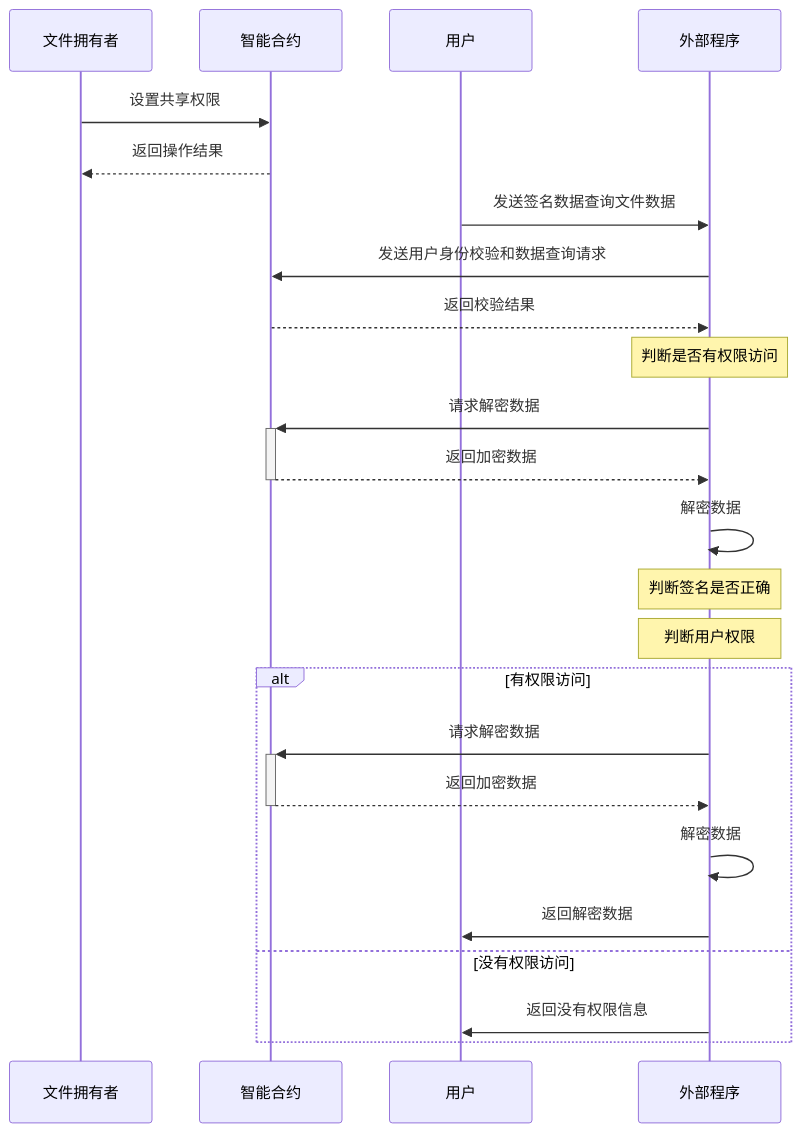
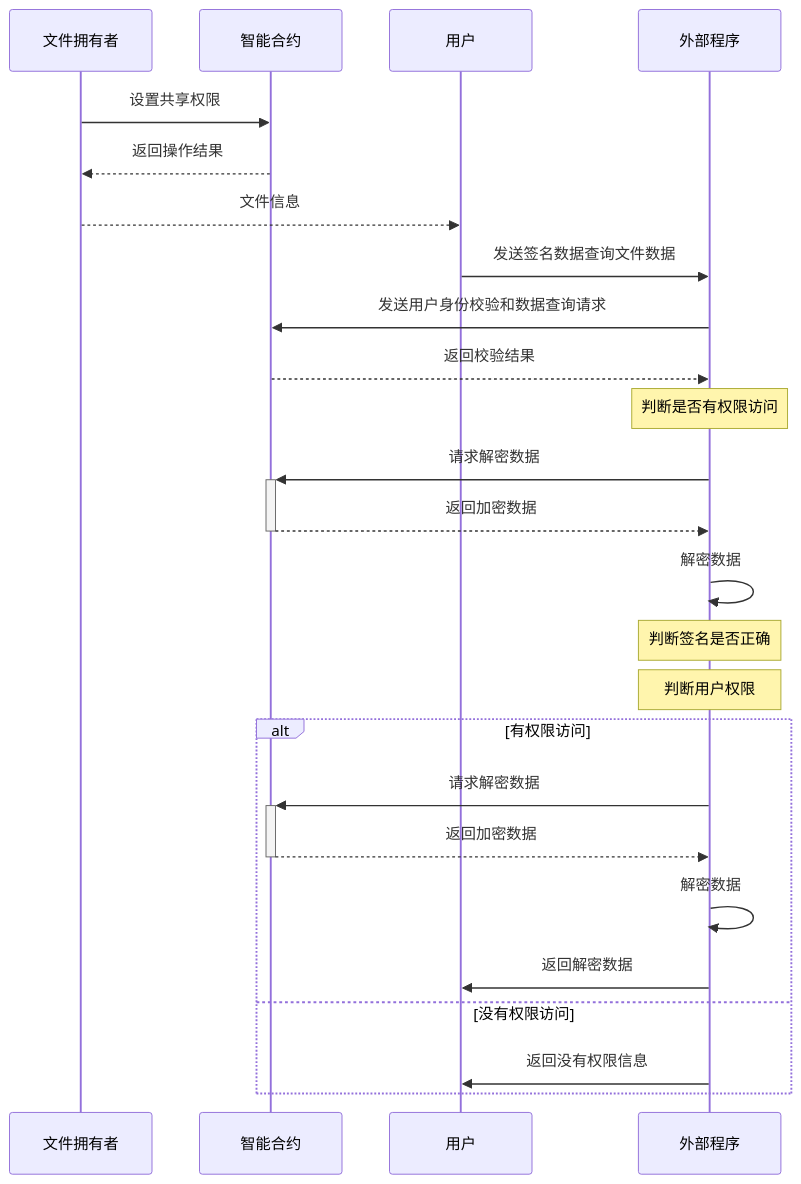
The fifth of 5 diagrams in doc/合约存取共享.md (MoyunRz/store-data), drawn with Mermaid before and after one commit.

Commit message:
修改时序图

````diff
--- a/doc/合约存取共享.md
+++ b/doc/合约存取共享.md
@@ -107,28 +107,29 @@
 ```mermaid
 sequenceDiagram
     participant A as 文件拥有者
     participant B as 智能合约
     participant C as 用户
     participant D as 外部程序
 
     A->>B: 设置共享权限
     B-->>A: 返回操作结果
+    A-->>C: 文件信息
     C->>D: 发送签名数据查询文件数据
     D->>B: 发送用户身份校验和数据查询请求
     B-->>D: 返回校验结果
     Note over D: 判断是否有权限访问
     D->>+B: 请求解密数据
     B-->>-D: 返回加密数据
     D->>D: 解密数据
     Note over D: 判断签名是否正确
     Note over D: 判断用户权限
     alt 有权限访问
         D->>+B: 请求解密数据
         B-->>-D: 返回加密数据
         D->>D: 解密数据
         D->>C: 返回解密数据
     else 没有权限访问
         D->>C: 返回没有权限信息
     end
 
 ```
````
